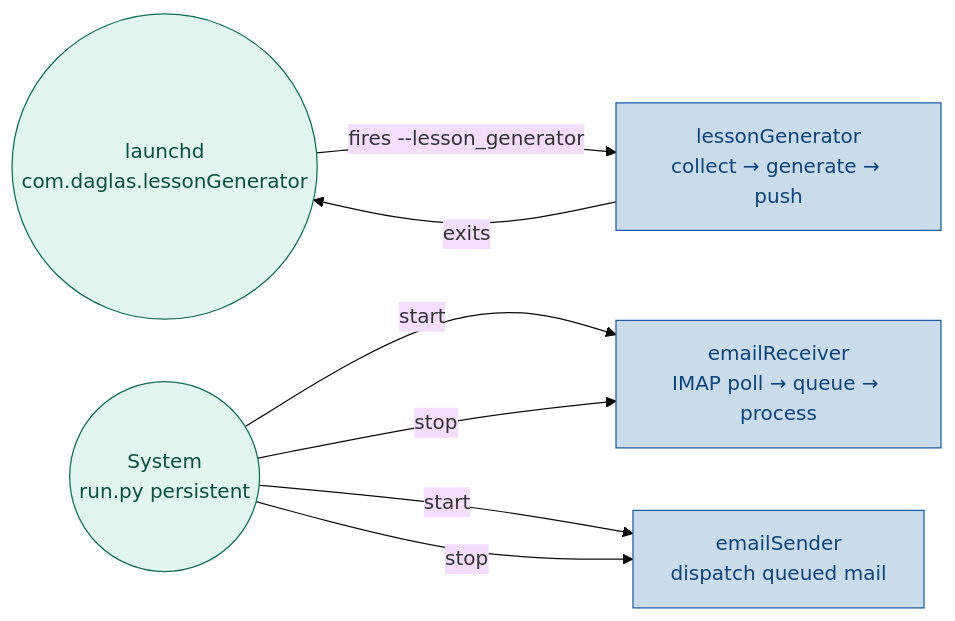
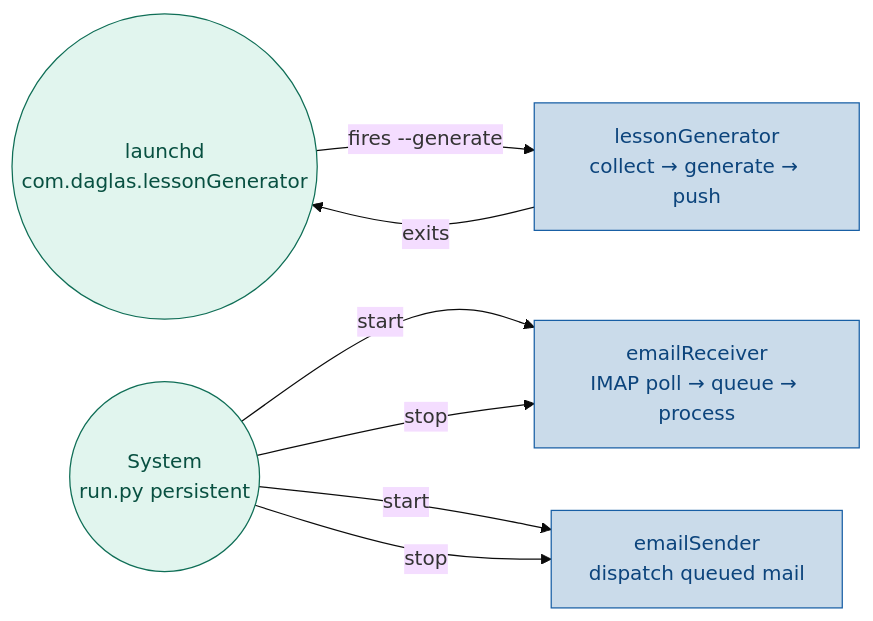
Before and after one commit to yunfei-ma/daglas: the second of 2 diagrams in tasks/run.md, drawn with Mermaid (base theme). The commit also changed other lines of this file and 15 other files, not shown here.

````diff
--- a/tasks/run.md
+++ b/tasks/run.md
@@ -67,20 +67,20 @@
 ```mermaid
 graph LR
     classDef actor  fill:#E1F5EE,stroke:#0F6E56,color:#085041
     classDef svc    fill:#cadbea,stroke:#185FA5,color:#0C447C
 
     LD(("launchd<br/>com.daglas.lessonGenerator")):::actor
     Sys(("System<br/>run.py persistent")):::actor
 
     LG["lessonGenerator<br/>collect → generate → push"]:::svc
     ER["emailReceiver<br/>IMAP poll → queue → process"]:::svc
     ES["emailSender<br/>dispatch queued mail"]:::svc
 
-    LD -->|fires --lesson_generator| LG
+    LD -->|fires --generate| LG
     LG -->|exits| LD
 
     Sys -->|start| ER
     Sys -->|start| ES
     Sys -->|stop| ER
     Sys -->|stop| ES
 ```
````
